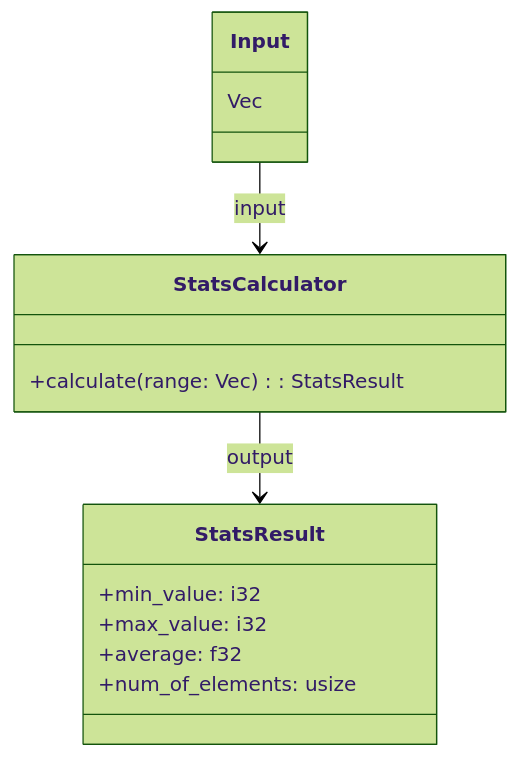
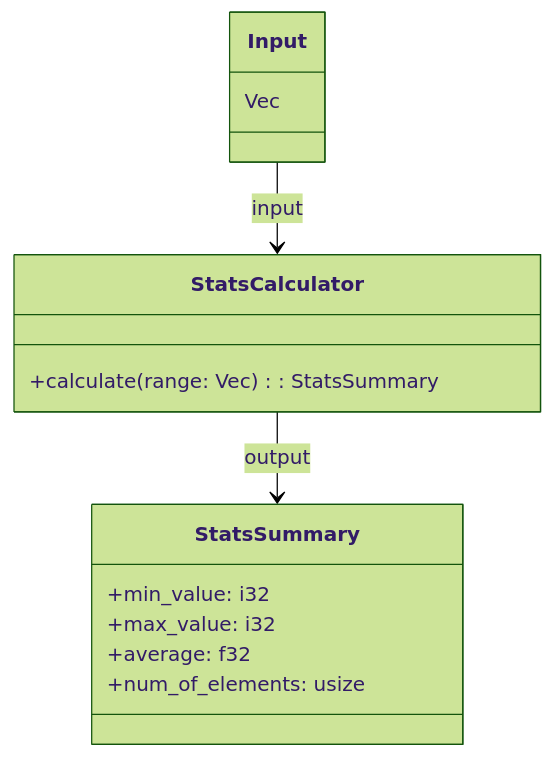
Before and after one commit to jvhellemondt/stats-calculator.rs: the second of 3 diagrams in README.md, drawn with Mermaid (forest theme). The commit also changed other lines of this file, not shown here.

Commit message:
docs(upfront): add StatsSummary struct and replace StatsResult

````diff
--- a/README.md
+++ b/README.md
@@ -59,16 +84,16 @@
 ```mermaid
 classDiagram
     class StatsCalculator {
-        +calculate(range: Vec<i32>): StatsResult
+        +calculate(range: Vec<i32>): StatsSummary
     }
-    class StatsResult {
+    class StatsSummary {
         +min_value: i32
         +max_value: i32
         +average: f32
         +num_of_elements: usize
     }
 
     Input: Vec<i32>
     Input --> StatsCalculator: input
-    StatsCalculator --> StatsResult: output
+    StatsCalculator --> StatsSummary: output
 ```
````
